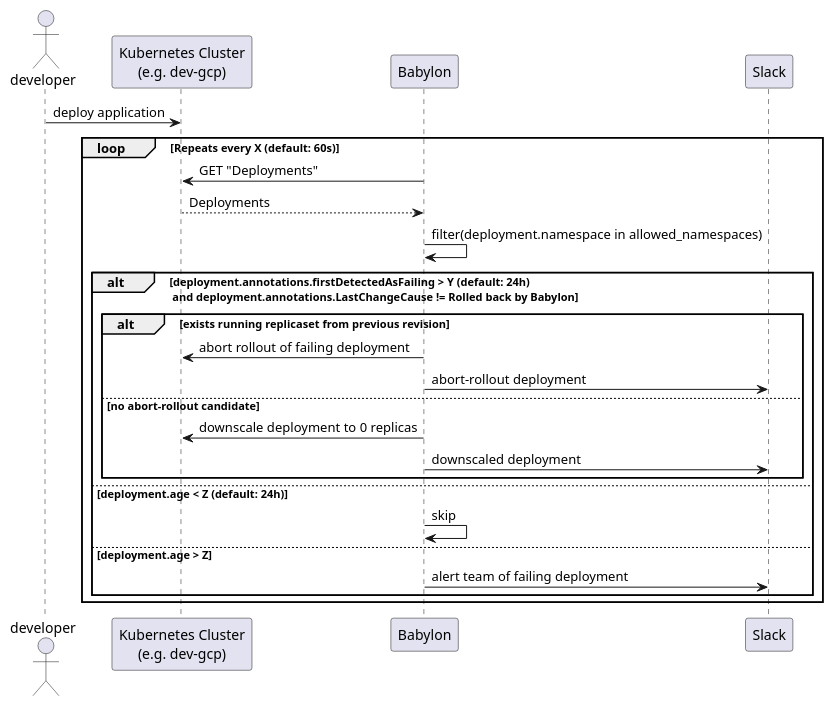
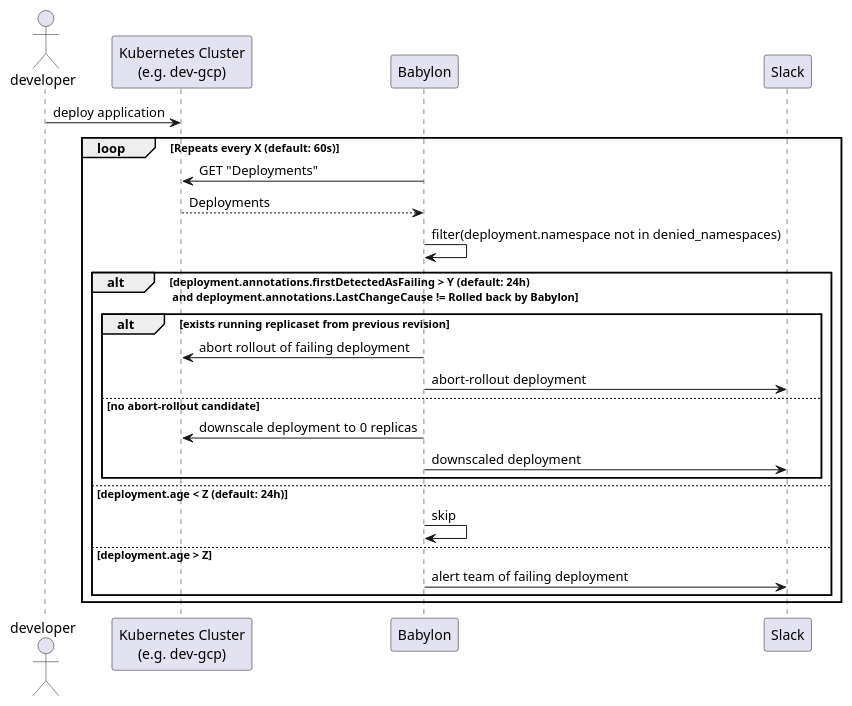
Before and after one commit to nais/babylon: the diagram in docs/flow.puml, drawn with PlantUML. The commit also changed 14 other files, not shown here.

Commit message:
Change from ALLOWED_NAMEPSACES to DENIED NAMESPACES

```diff
--- a/docs/flow.puml
+++ b/docs/flow.puml
@@ -1,37 +1,37 @@
 @startuml babylon-flow 
 actor developer as developer
 participant k8s as "Kubernetes Cluster\n(e.g. dev-gcp)"
 participant babylon as "Babylon"
 participant alertmanager as "Slack"
 
 developer -> k8s: deploy application
 loop Repeats every X (default: 60s)
 babylon -> k8s: GET "Deployments"
 return Deployments
-babylon -> babylon: filter(deployment.namespace in allowed_namespaces)
+babylon -> babylon: filter(deployment.namespace not in denied_namespaces)
 
 alt deployment.annotations.firstDetectedAsFailing > Y (default: 24h) \n and deployment.annotations.LastChangeCause != Rolled back by Babylon
 
     alt exists running replicaset from previous revision
         
         babylon -> k8s: abort rollout of failing deployment
         babylon -> alertmanager: abort-rollout deployment
 
     else no abort-rollout candidate
 
         babylon -> k8s: downscale deployment to 0 replicas
         babylon -> alertmanager: downscaled deployment
 
     end
 
 else deployment.age < Z (default: 24h)
     
     babylon -> babylon: skip
 
 else deployment.age > Z
 
     babylon -> alertmanager: alert team of failing deployment
 end
 
 end
 @enduml
```
